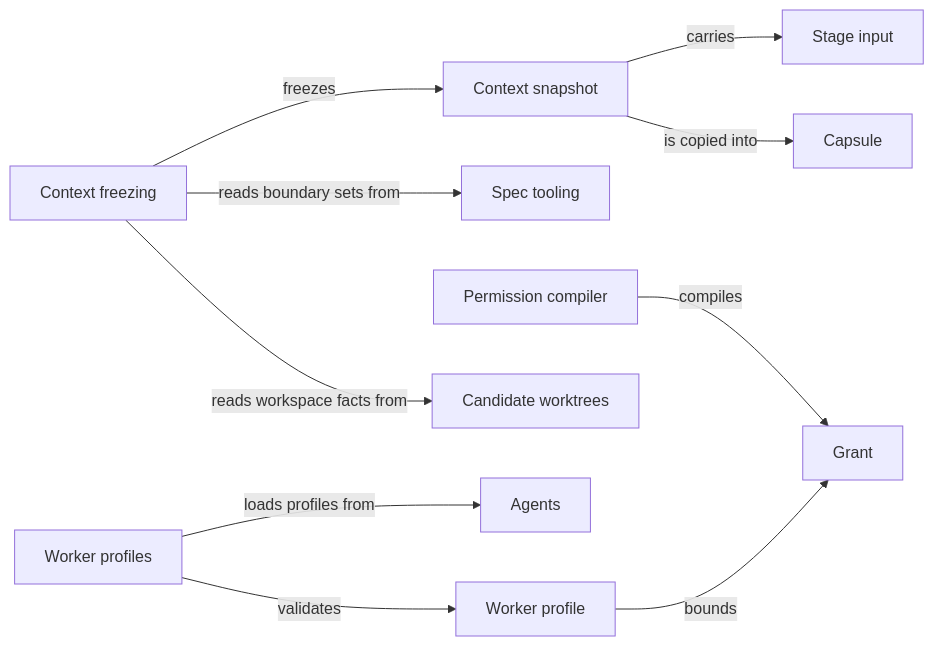
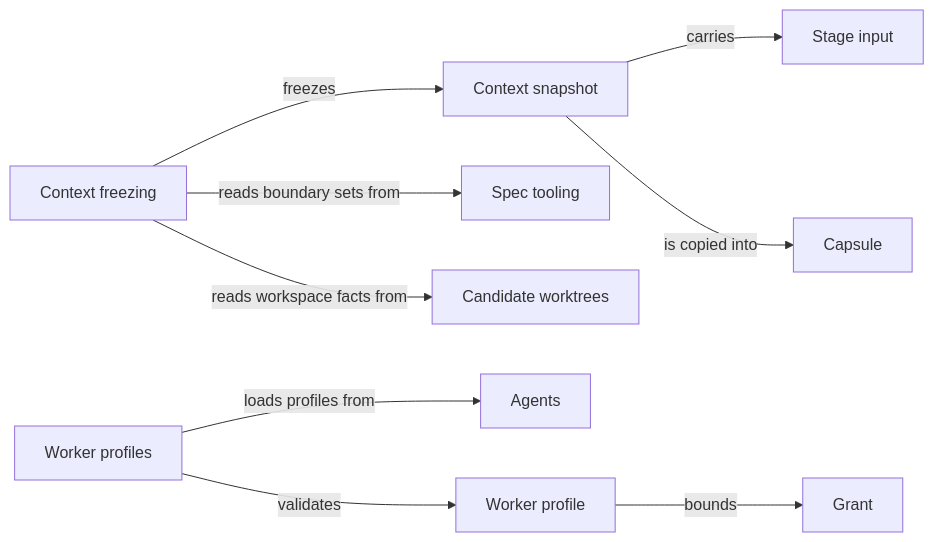
The diagram in specs/concorde/harness/context/module.md (FTOD/concorde), drawn with Mermaid before and after one commit. The commit also changed other lines of this file and 108 other files, not shown here.

````diff
--- a/specs/concorde/harness/context/module.md
+++ b/specs/concorde/harness/context/module.md
@@ -169,25 +157,23 @@
 ```mermaid
 flowchart LR
     accTitle: Task context relationships
-    accDescr: Context freezing reads boundary sets from Spec and workspace facts from Candidate worktrees into a snapshot; worker profiles come from Agents; the permission compiler derives a grant.
+    accDescr: Context freezing reads boundary sets from Spec and workspace facts from Candidate worktrees into a snapshot; worker profiles come from Agents and bound a grant.
     freezing[Context freezing]
     snapshot[Context snapshot]
     stage[Stage input]
     capsule[Capsule]
     profiles[Worker profiles]
     profile[Worker profile]
-    compiler[Permission compiler]
     grant[Grant]
     spec[Spec tooling]
     worktrees[Candidate worktrees]
     agents[Agents]
     freezing -->|freezes| snapshot
     freezing -->|reads boundary sets from| spec
     freezing -->|reads workspace facts from| worktrees
     snapshot -->|carries| stage
     snapshot -->|is copied into| capsule
     profiles -->|loads profiles from| agents
     profiles -->|validates| profile
-    compiler -->|compiles| grant
     profile -->|bounds| grant
 ```
````
